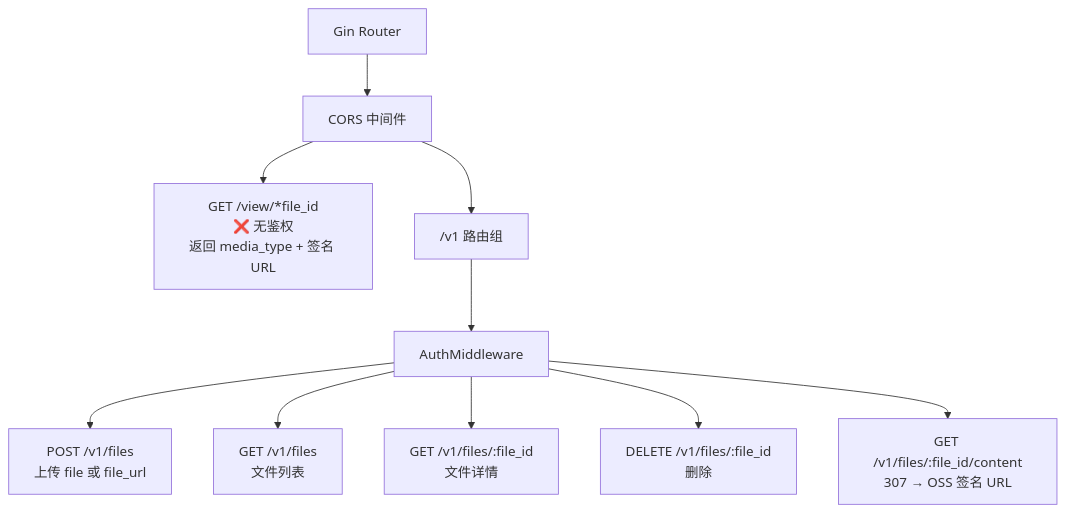
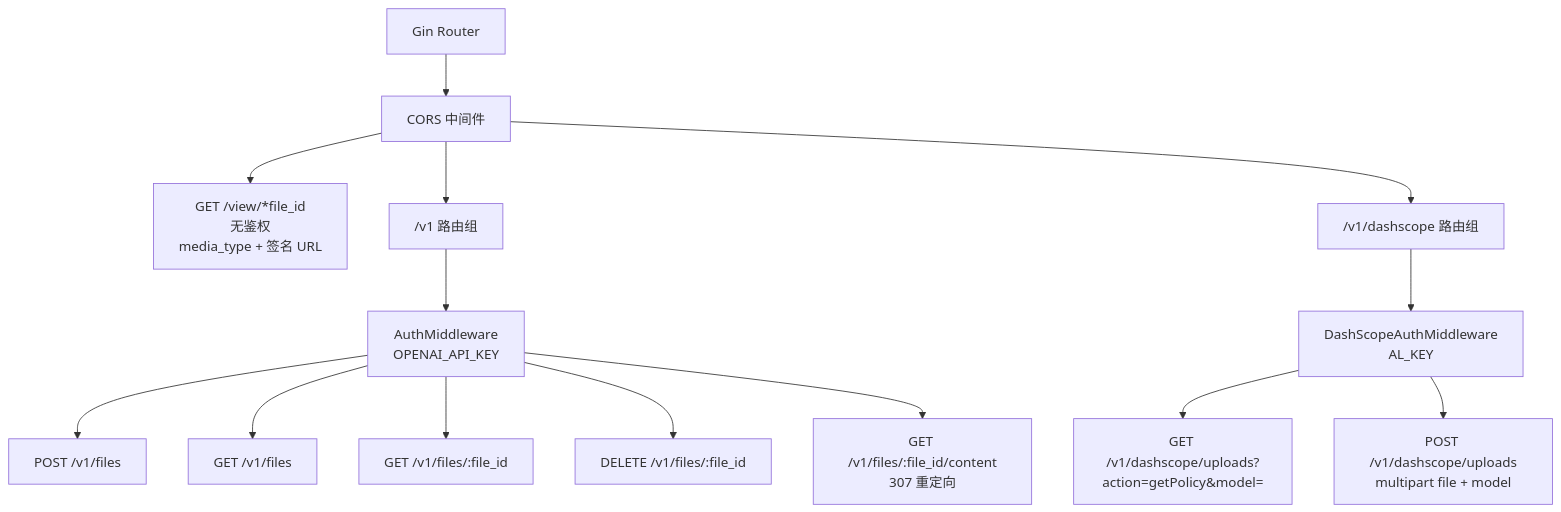
The fourth of 7 diagrams in docs/ARCHITECTURE.md (tianfei212/alOSS_agent_go), drawn with Mermaid before and after one commit. The commit also changed other lines of this file and 14 other files, not shown here.

````diff
--- a/docs/ARCHITECTURE.md
+++ b/docs/ARCHITECTURE.md
@@ -174,17 +215,23 @@
 ```mermaid
 flowchart TB
     ROOT[Gin Router]
 
     ROOT --> CORS[CORS 中间件]
 
-    CORS --> VIEW["GET /view/*file_id<br/>❌ 无鉴权<br/>返回 media_type + 签名 URL"]
+    CORS --> VIEW["GET /view/*file_id<br/>无鉴权<br/>media_type + 签名 URL"]
 
     CORS --> V1["/v1 路由组"]
-    V1 --> AUTH[AuthMiddleware]
+    V1 --> AUTH[AuthMiddleware<br/>OPENAI_API_KEY]
 
-    AUTH --> POST["POST /v1/files<br/>上传 file 或 file_url"]
-    AUTH --> GETLIST["GET /v1/files<br/>文件列表"]
-    AUTH --> GETONE["GET /v1/files/:file_id<br/>文件详情"]
-    AUTH --> DEL["DELETE /v1/files/:file_id<br/>删除"]
-    AUTH --> CONTENT["GET /v1/files/:file_id/content<br/>307 → OSS 签名 URL"]
+    AUTH --> POST["POST /v1/files"]
+    AUTH --> GETLIST["GET /v1/files"]
+    AUTH --> GETONE["GET /v1/files/:file_id"]
+    AUTH --> DEL["DELETE /v1/files/:file_id"]
+    AUTH --> CONTENT["GET /v1/files/:file_id/content<br/>307 重定向"]
+
+    CORS --> DS["/v1/dashscope 路由组"]
+    DS --> DSAUTH[DashScopeAuthMiddleware<br/>AL_KEY]
+
+    DSAUTH --> POLICY["GET /v1/dashscope/uploads?action=getPolicy&model="]
+    DSAUTH --> UPLOAD["POST /v1/dashscope/uploads<br/>multipart file + model"]
 ```
````
